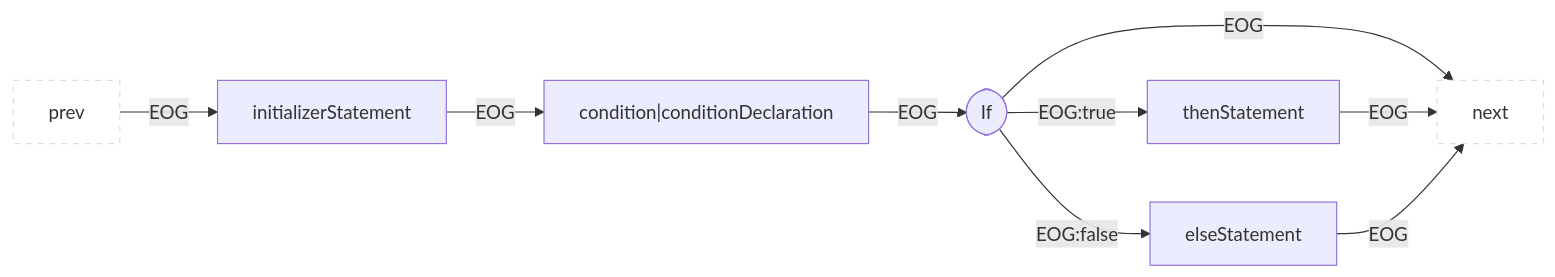
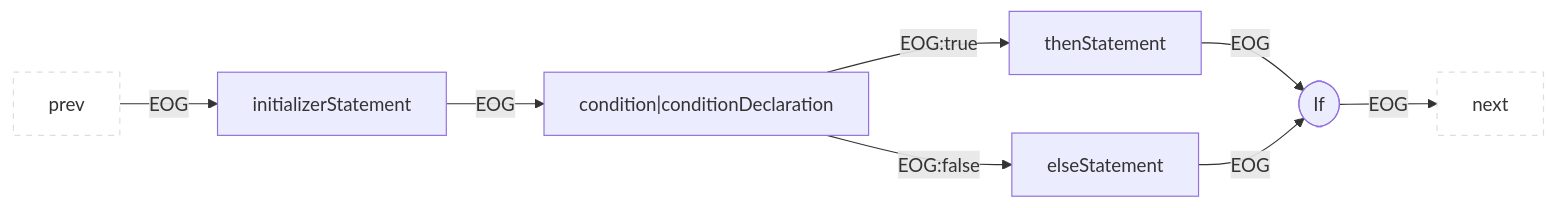
Before and after one commit to Fraunhofer-AISEC/cpg: diagram 39 of 49 in docs/docs/CPG/specs/eog.md, drawn with Mermaid. The commit also changed other lines of this file, not shown here.

Commit message:
Adapt specification for EOG

````diff
--- a/docs/docs/CPG/specs/eog.md
+++ b/docs/docs/CPG/specs/eog.md
@@ -784,12 +784,11 @@
 ```mermaid
 flowchart LR
   classDef outer fill:#fff,stroke:#ddd,stroke-dasharray:5 5;
   prev:::outer --EOG--> child1["initializerStatement"]
   child1 --EOG--> child2["condition|conditionDeclaration"]
-  child2 --EOG--> parent
-  parent(["If"]) --EOG:true--> child4["thenStatement"]
-  parent --EOG:false--> child5["elseStatement"]
+  child2 --EOG:true--> child4["thenStatement"]
+  child2 --EOG:false--> child5["elseStatement"]
+  child4 --EOG--> parent(["If"])
+  child5 --EOG--> parent
   parent --EOG--> next:::outer
-  child4 --EOG--> next:::outer
-  child5 --EOG--> next:::outer
 ```
````
